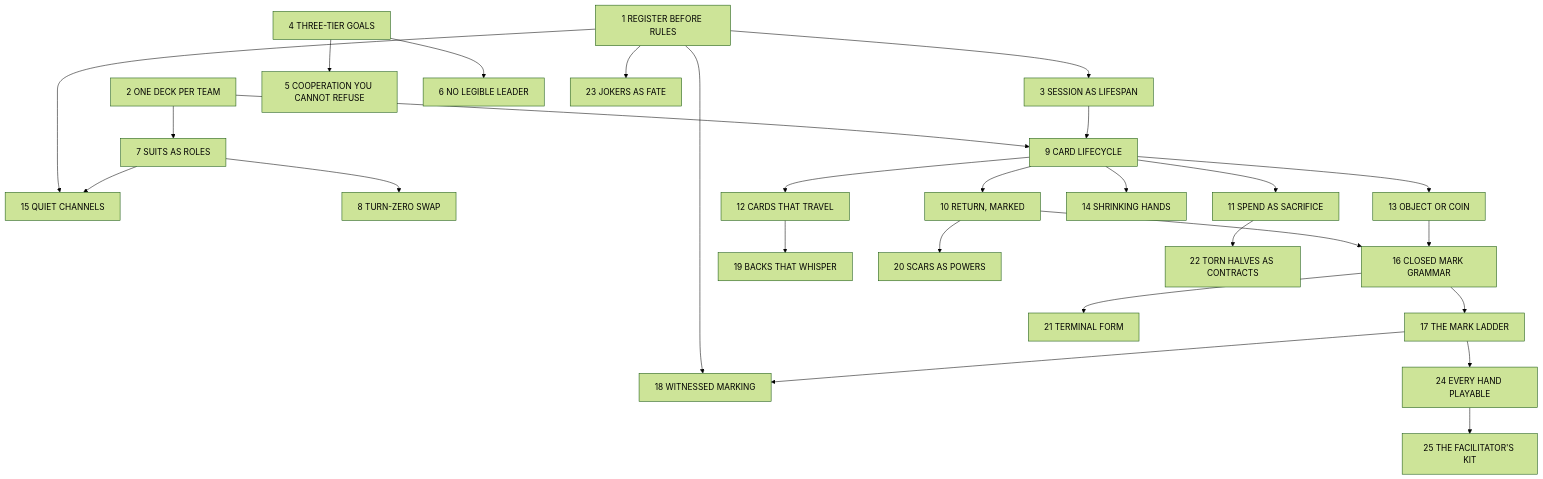
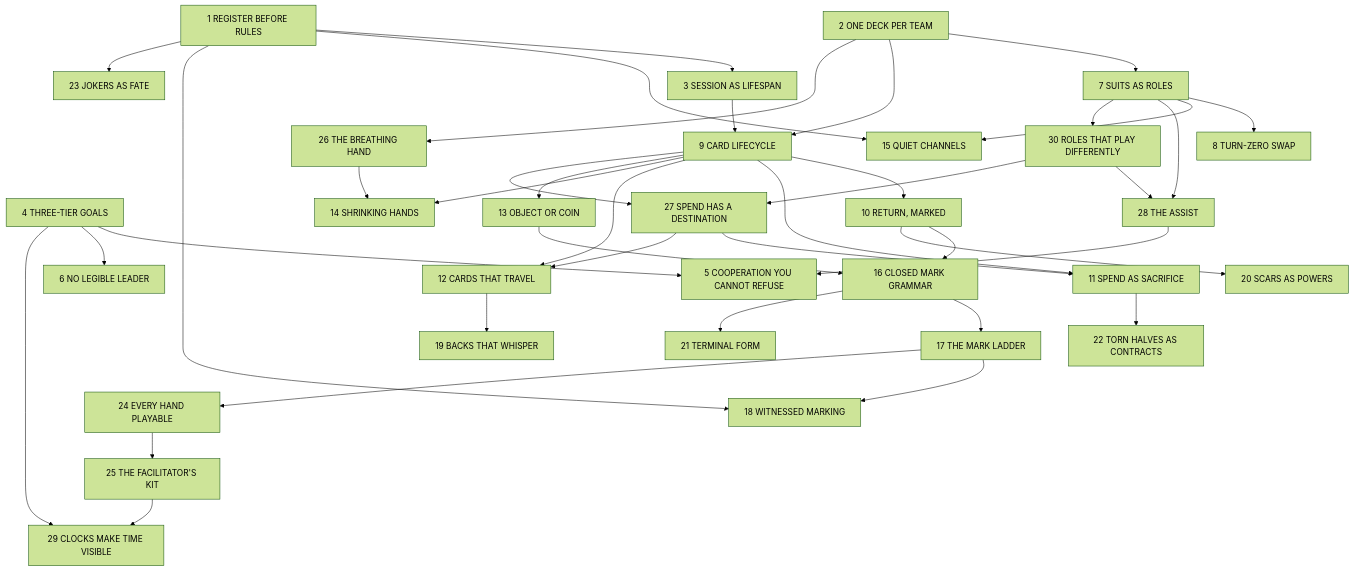
One commit to goatindex/engine-52 changed the diagram in pattern-language.md. Above: the diagram before and after it, drawn with Mermaid (forest theme). The commit also changed other lines of this file and 3 other files, not shown here.

````diff
--- a/pattern-language.md
+++ b/pattern-language.md
@@ -29,29 +29,41 @@
 ```mermaid
 graph TD
     P1[1 REGISTER BEFORE RULES] --> P3[3 SESSION AS LIFESPAN]
     P1 --> P15[15 QUIET CHANNELS]
     P1 --> P18[18 WITNESSED MARKING]
     P2[2 ONE DECK PER TEAM] --> P7[7 SUITS AS ROLES]
     P2 --> P9[9 CARD LIFECYCLE]
     P3 --> P9
     P4[4 THREE-TIER GOALS] --> P5[5 COOPERATION YOU CANNOT REFUSE]
     P4 --> P6[6 NO LEGIBLE LEADER]
     P7 --> P8[8 TURN-ZERO SWAP]
     P7 --> P15
     P9 --> P10[10 RETURN, MARKED]
     P9 --> P11[11 SPEND AS SACRIFICE]
     P9 --> P12[12 CARDS THAT TRAVEL]
     P9 --> P14[14 SHRINKING HANDS]
     P10 --> P16[16 CLOSED MARK GRAMMAR]
     P12 --> P19[19 BACKS THAT WHISPER]
     P13[13 OBJECT OR COIN] --> P16
     P9 --> P13
     P16 --> P17[17 THE MARK LADDER]
     P16 --> P21[21 TERMINAL FORM]
     P17 --> P18
     P17 --> P24[24 EVERY HAND PLAYABLE]
     P10 --> P20[20 SCARS AS POWERS]
     P11 --> P22[22 TORN HALVES AS CONTRACTS]
     P1 --> P23[23 JOKERS AS FATE]
     P24 --> P25[25 THE FACILITATOR'S KIT]
+    P2 --> P26[26 THE BREATHING HAND]
+    P26 --> P14
+    P9 --> P27[27 SPEND HAS A DESTINATION]
+    P27 --> P11
+    P27 --> P12
+    P7 --> P28[28 THE ASSIST]
+    P28 --> P5
+    P4 --> P29[29 CLOCKS MAKE TIME VISIBLE]
+    P25 --> P29
+    P7 --> P30[30 ROLES THAT PLAY DIFFERENTLY]
+    P30 --> P28
+    P30 --> P27
 ```
````
